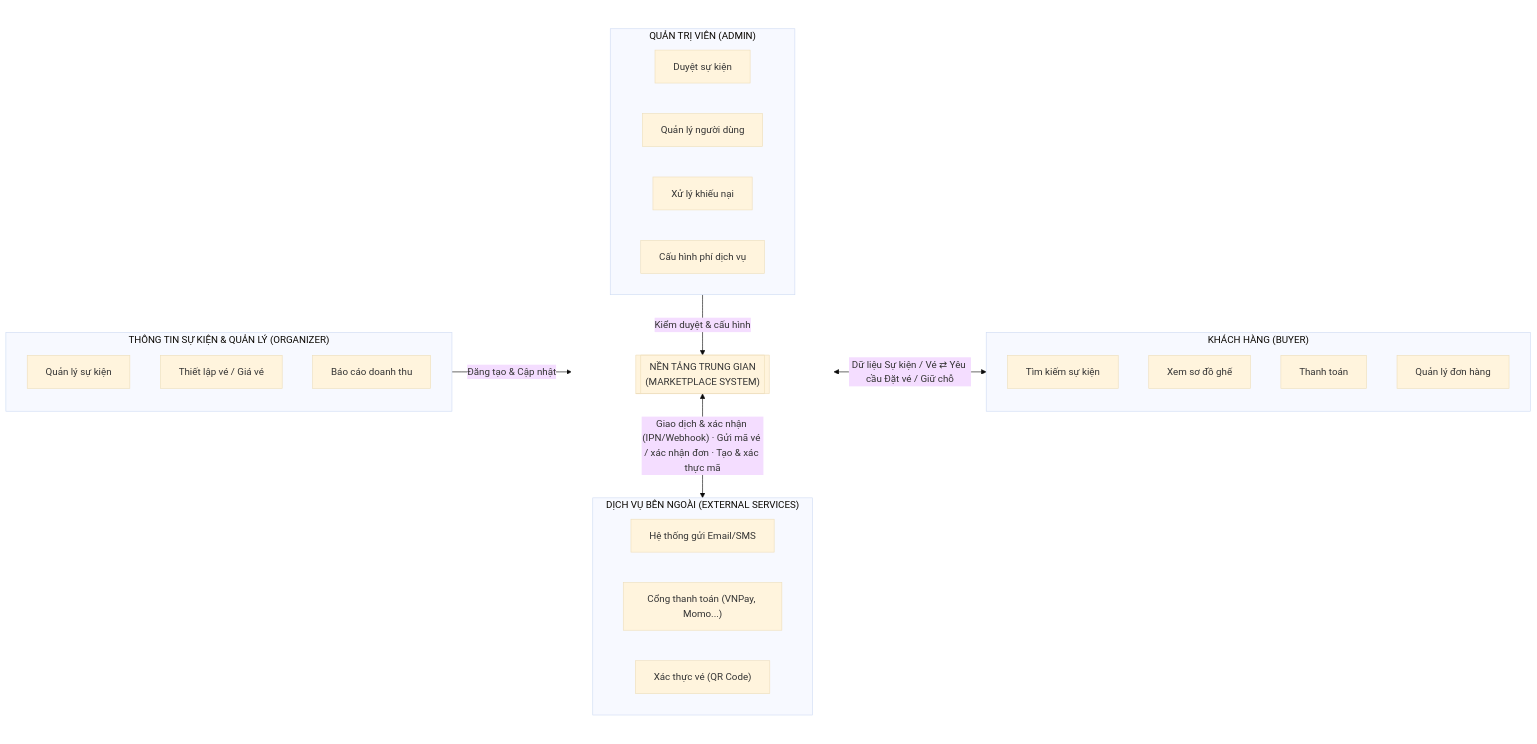
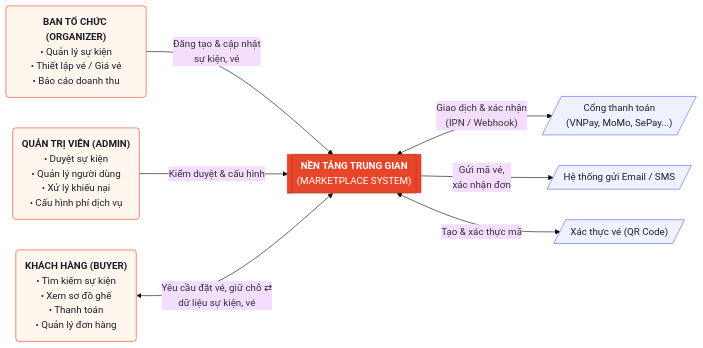
One commit to tranducthai/booking-ticket-system changed the first of 4 diagrams in docs/spec-vi/01-business-analysis.md. Above: the diagram before and after it, drawn with Mermaid (base theme). The commit also changed 1 other file, not shown here.

Commit message:
docs(spec): redraw the system overview diagram in 01-business-analysis
Replaces the nested subgraph layout (invisible CENTER wrapper, edges attached to
enclosing boxes) with one box per actor listing its functions, the marketplace in the
middle and the external services on the right. Updated in both docs/spec and docs/spec-vi.

````diff
--- a/docs/spec-vi/01-business-analysis.md
+++ b/docs/spec-vi/01-business-analysis.md
@@ -13,45 +13,27 @@
 ```mermaid
 flowchart LR
-    subgraph ORGANIZER["THÔNG TIN SỰ KIỆN & QUẢN LÝ (ORGANIZER)"]
-        direction TB
-        A1["Quản lý sự kiện"]
-        A2["Thiết lập vé / Giá vé"]
-        A4["Báo cáo doanh thu"]
-    end
+    ORG("<b>BAN TỔ CHỨC (ORGANIZER)</b><br/>• Quản lý sự kiện<br/>• Thiết lập vé / Giá vé<br/>• Báo cáo doanh thu")
+    ADM("<b>QUẢN TRỊ VIÊN (ADMIN)</b><br/>• Duyệt sự kiện<br/>• Quản lý người dùng<br/>• Xử lý khiếu nại<br/>• Cấu hình phí dịch vụ")
+    BUY("<b>KHÁCH HÀNG (BUYER)</b><br/>• Tìm kiếm sự kiện<br/>• Xem sơ đồ ghế<br/>• Thanh toán<br/>• Quản lý đơn hàng")
 
-    subgraph CENTER[" "]
-        direction TB
-        subgraph ADMIN["QUẢN TRỊ VIÊN (ADMIN)"]
-            direction LR
-            B1["Duyệt sự kiện"]
-            B2["Quản lý người dùng"]
-            B3["Xử lý khiếu nại"]
-            B4["Cấu hình phí dịch vụ"]
-        end
+    SYSTEM[["<b>NỀN TẢNG TRUNG GIAN</b><br/>(MARKETPLACE SYSTEM)"]]
 
-        SYSTEM[["NỀN TẢNG TRUNG GIAN<br/>(MARKETPLACE SYSTEM)"]]
+    PAY[/"Cổng thanh toán<br/>(VNPay, MoMo, SePay...)"/]
+    MAIL[/"Hệ thống gửi Email / SMS"/]
+    QR[/"Xác thực vé (QR Code)"/]
 
-        subgraph EXTERNAL["DỊCH VỤ BÊN NGOÀI (EXTERNAL SERVICES)"]
-            direction LR
-            E1["Hệ thống gửi Email/SMS"]
-            E2["Cổng thanh toán (VNPay, Momo...)"]
-            E3["Xác thực vé (QR Code)"]
-        end
+    ORG -->|"Đăng tạo & cập nhật<br/>sự kiện, vé"| SYSTEM
+    ADM -->|"Kiểm duyệt & cấu hình"| SYSTEM
+    BUY <-->|"Yêu cầu đặt vé, giữ chỗ ⇄<br/>dữ liệu sự kiện, vé"| SYSTEM
 
-        ADMIN -->|"Kiểm duyệt & cấu hình"| SYSTEM
-        SYSTEM <-->|"Giao dịch & xác nhận (IPN/Webhook) · Gửi mã vé / xác nhận đơn · Tạo & xác thực mã"| EXTERNAL
-    end
+    SYSTEM <-->|"Giao dịch & xác nhận<br/>(IPN / Webhook)"| PAY
+    SYSTEM -->|"Gửi mã vé,<br/>xác nhận đơn"| MAIL
+    SYSTEM <-->|"Tạo & xác thực mã"| QR
 
-    subgraph BUYER["KHÁCH HÀNG (BUYER)"]
-        direction TB
-        C1["Tìm kiếm sự kiện"]
-        C2["Xem sơ đồ ghế"]
-        C3["Thanh toán"]
-        C4["Quản lý đơn hàng"]
-    end
-
-    ORGANIZER -->|"Đăng tạo & Cập nhật"| CENTER
-    CENTER <-->|"Dữ liệu Sự kiện / Vé ⇄ Yêu cầu Đặt vé / Giữ chỗ"| BUYER
-
-    style CENTER fill:none,stroke:none
+    classDef actor fill:#fff7ed,stroke:#e8462a,color:#1b1d2a
+    classDef ext fill:#eef2ff,stroke:#6366f1,color:#1b1d2a
+    classDef core fill:#e8462a,stroke:#b8341c,color:#ffffff
+    class ORG,ADM,BUY actor
+    class PAY,MAIL,QR ext
+    class SYSTEM core
 ```
````
